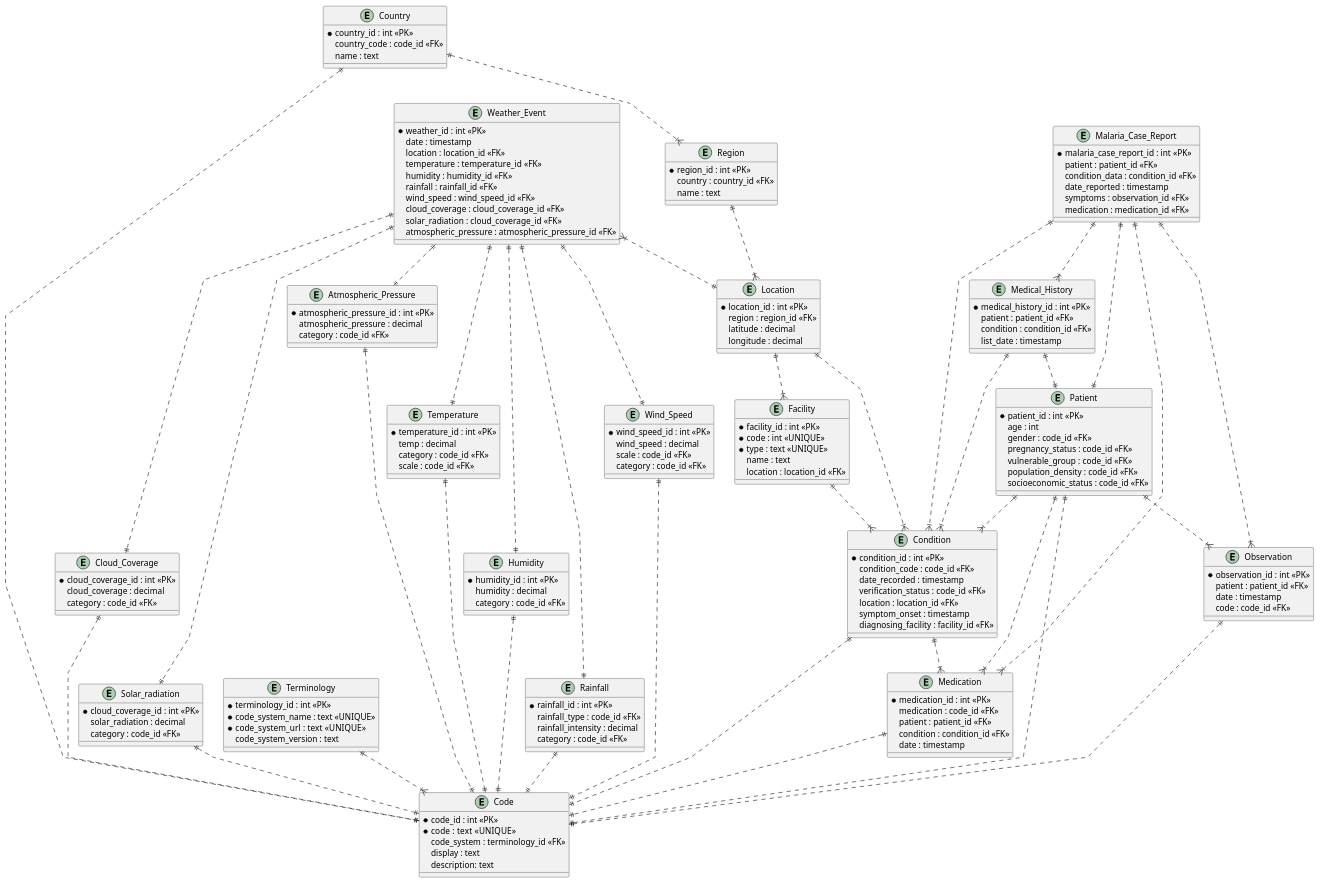
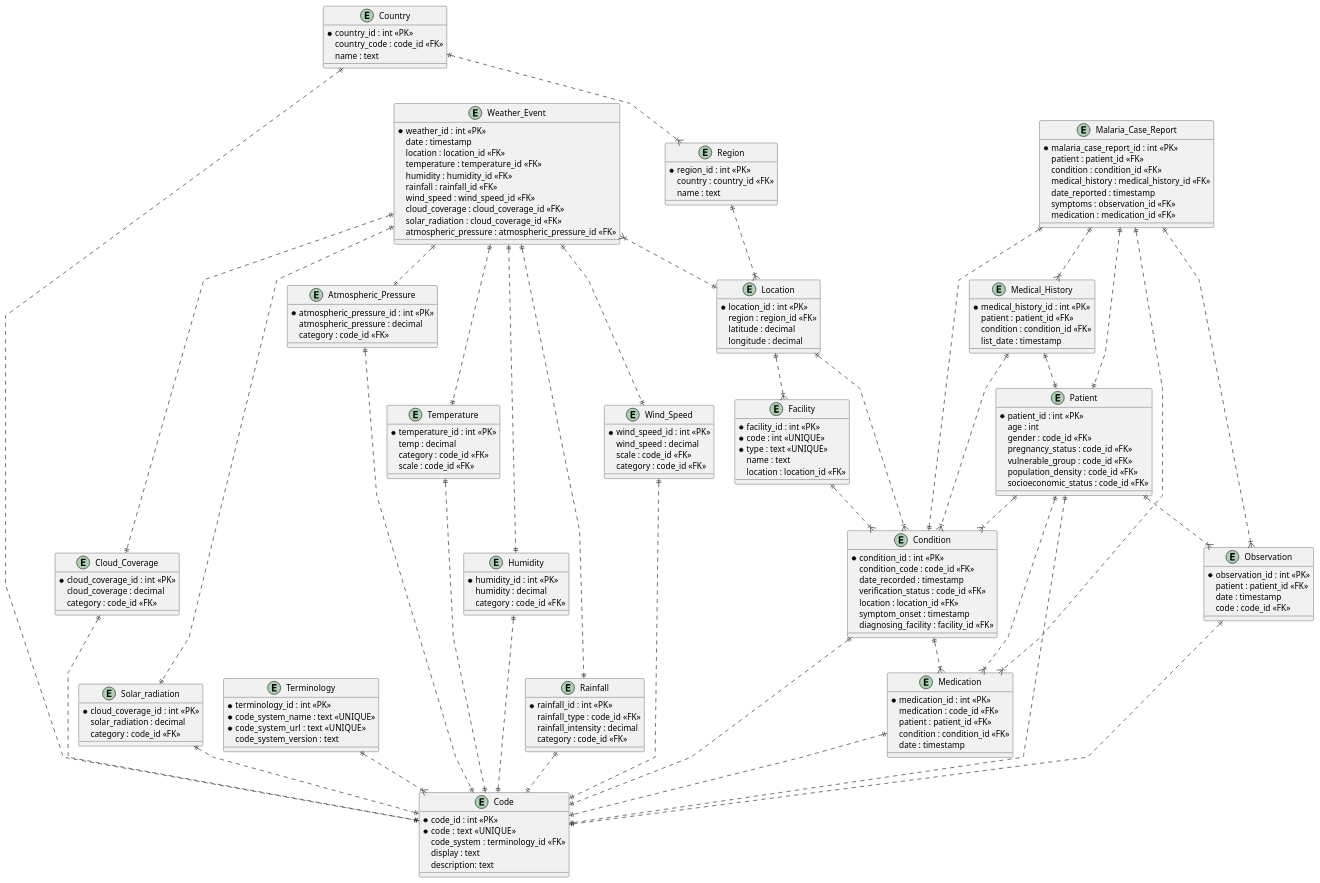
The diagram in One Health ERD.plantuml (rmrlangford/One-Health), drawn with PlantUML before and after one commit.

Commit message:
Update One Health ERD.plantuml

```diff
--- a/One Health ERD.plantuml
+++ b/One Health ERD.plantuml
@@ -1,196 +1,197 @@
 @startuml
 
 ' avoid problems with angled crows feet
 'skinparam linetype ortho
 skinparam linetype polyline
 
 entity "Weather_Event" as e01 {
     *weather_id : int <<PK>>
     date : timestamp
     location : location_id <<FK>>
     temperature : temperature_id <<FK>>
     humidity : humidity_id <<FK>>
     rainfall : rainfall_id <<FK>>
     wind_speed : wind_speed_id <<FK>>
     cloud_coverage : cloud_coverage_id <<FK>>
     solar_radiation : cloud_coverage_id <<FK>>
     atmospheric_pressure : atmospheric_pressure_id <<FK>>
 }
 
 entity "Temperature" as e10 {
     *temperature_id : int <<PK>>
     temp : decimal
     category : code_id <<FK>>
     scale : code_id <<FK>>
 }
 
 entity "Location" as e02 {
     *location_id : int <<PK>>
     region : region_id <<FK>>
     latitude : decimal
     longitude : decimal
 }
 
 entity "Region" as e03 {
     *region_id : int <<PK>>
     country : country_id <<FK>>
     name : text
 }
 
 entity "Country" as e04 {
     *country_id : int <<PK>>
     country_code : code_id <<FK>>
     name : text
 }
 
 entity "Facility" as e05 {
     *facility_id : int <<PK>>
     *code : int <<UNIQUE>>
     *type : text <<UNIQUE>>
     name : text
     location : location_id <<FK>>
 }
 
 entity "Condition" as e08 {
     *condition_id : int <<PK>>
     condition_code : code_id <<FK>>
     date_recorded : timestamp
     verification_status : code_id <<FK>>
     location : location_id <<FK>>
     symptom_onset : timestamp
     diagnosing_facility : facility_id <<FK>>
 }
 
 entity "Terminology" as e13 {
     *terminology_id : int <<PK>>
     *code_system_name : text <<UNIQUE>>
     *code_system_url : text  <<UNIQUE>>
     code_system_version : text
 }
 
 entity "Code" as e14 {
     *code_id : int <<PK>>
     *code : text  <<UNIQUE>>
     code_system : terminology_id <<FK>>
     display : text
     description: text
 }
 
 entity "Humidity" as e15 {
     *humidity_id : int <<PK>>
     humidity : decimal
     category : code_id <<FK>>
 }
 
 entity "Patient" as e17 {
     *patient_id : int <<PK>>
     age : int
     gender : code_id <<FK>>
     pregnancy_status : code_id <<FK>>
     vulnerable_group : code_id <<FK>>
     population_density : code_id <<FK>>
     socioeconomic_status : code_id <<FK>>
 }
 
 entity "Rainfall" as e20 {
     *rainfall_id : int <<PK>>
     rainfall_type : code_id <<FK>>
     rainfall_intensity : decimal
     category : code_id <<FK>>
 }
 
 entity "Wind_Speed" as e23 {
     *wind_speed_id : int <<PK>>
     wind_speed : decimal
     scale : code_id <<FK>>
     category : code_id <<FK>>
 }
 
 entity "Cloud_Coverage" as e24 {
     *cloud_coverage_id : int <<PK>>
     cloud_coverage : decimal
     category : code_id <<FK>>
 }
 
 entity "Solar_radiation" as e25 {
     *cloud_coverage_id : int <<PK>>
     solar_radiation : decimal
     category : code_id <<FK>>
 }
 
 entity "Atmospheric_Pressure" as e26 {
     *atmospheric_pressure_id : int <<PK>>
     atmospheric_pressure : decimal
     category : code_id <<FK>>
 }
 
 entity "Malaria_Case_Report" as e27 {
     *malaria_case_report_id : int <<PK>>
     patient : patient_id <<FK>>
-    condition_data : condition_id <<FK>>
+    condition : condition_id <<FK>>
+    medical_history : medical_history_id <<FK>>
     date_reported : timestamp
     symptoms : observation_id <<FK>>
     medication : medication_id <<FK>>
 }
 
 entity "Observation" as e28 {
     *observation_id : int <<PK>>
     patient : patient_id <<FK>>
     date : timestamp
     code : code_id <<FK>>
 }
 
 entity "Medical_History" as e29 {
     *medical_history_id : int <<PK>>
     patient : patient_id <<FK>>
     condition : condition_id <<FK>>
     list_date : timestamp
 }
 
 entity "Medication" as e30 {
     *medication_id : int <<PK>>
     medication : code_id <<FK>>
     patient : patient_id <<FK>>
     condition : condition_id <<FK>>
     date : timestamp
 }
 
 e01 }|..|| e02
 e03 ||..|{ e02
 e04 ||..|{ e03
 e02 ||..|{ e05
 e02 ||..|{ e08
 e05 ||..|{ e08
 e01 ||..|| e10
 e13 ||..|{ e14
 e08 ||..|| e14
 e04 ||..|| e14
 e15 ||..|| e14
 e01 ||..|| e15
 e10 ||..|| e14
 e17 ||..|| e14
 e17 ||..|{ e08
 e01 ||..|| e20
 e20 ||..|| e14
 e01 ||..|| e23
 e23 ||..|| e14
 e01 ||..|| e24
 e24 ||..|| e14
 e01 ||..|| e25
 e25 ||..|| e14
 e01 ||..|| e26
 e26 ||..|| e14
 e27 ||..|| e17
-e27 ||..|{ e08
+e27 ||..|| e08
 e17 ||..|{ e28
 e28 ||..|| e14
 e27 ||..|{ e28
 e29 ||..|{ e08
 e29 ||..|| e17
 e27 ||..|{ e29
 e27 ||..|{ e30
 e30 ||..|| e14
 e17 ||..|{ e30
 e08 ||..|{ e30
 
 @enduml
```
